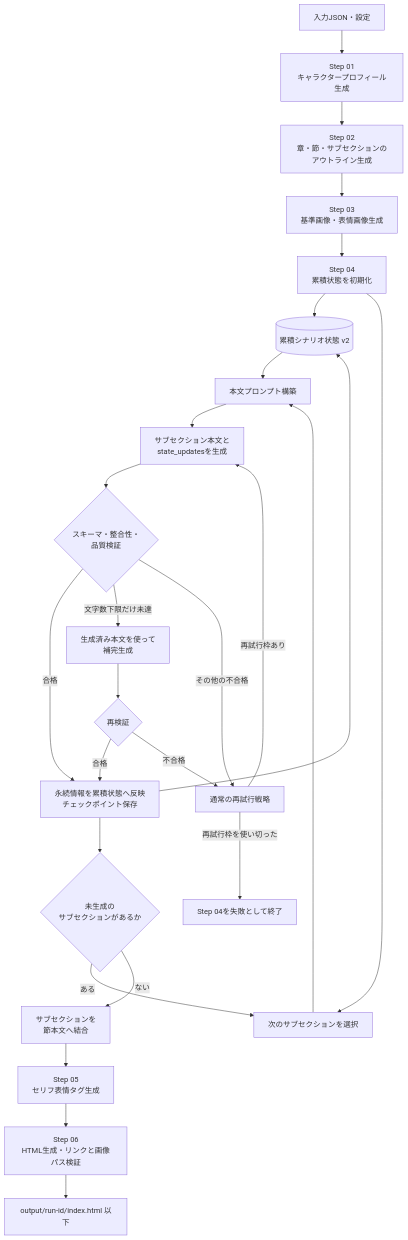
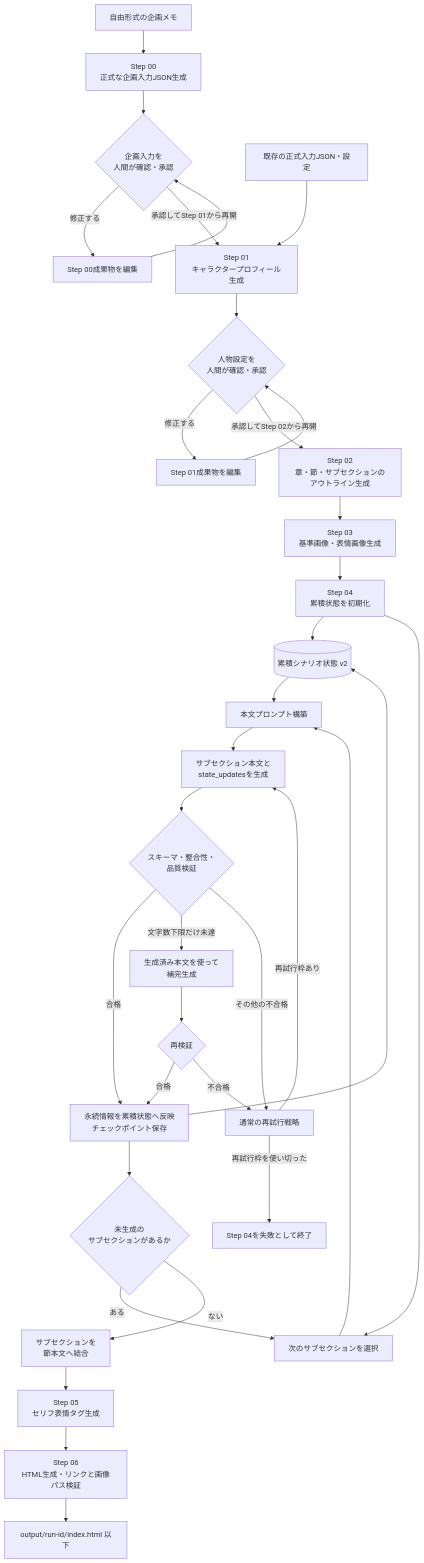
One commit to azarashin/SimpleScenarioGeneratorForUdemyLecture changed the diagram in README.md. Above: the diagram before and after it, drawn with Mermaid. The commit also changed other lines of this file and 17 other files, not shown here.

````diff
--- a/README.md
+++ b/README.md
@@ -7,31 +7,39 @@
 ```mermaid
 flowchart TD
-    INPUT[入力JSON・設定] --> S01[Step 01<br/>キャラクタープロフィール生成]
-    S01 --> S02[Step 02<br/>章・節・サブセクションのアウトライン生成]
+    IDEA[自由形式の企画メモ] --> S00[Step 00<br/>正式な企画入力JSON生成]
+    S00 --> INPUT_REVIEW{企画入力を<br/>人間が確認・承認}
+    INPUT_REVIEW -->|修正する| INPUT_ARTIFACT[Step 00成果物を編集]
+    INPUT_ARTIFACT --> INPUT_REVIEW
+    INPUT_REVIEW -->|承認してStep 01から再開| S01
+    INPUT[既存の正式入力JSON・設定] --> S01[Step 01<br/>キャラクタープロフィール生成]
+    S01 --> REVIEW{人物設定を<br/>人間が確認・承認}
+    REVIEW -->|修正する| ARTIFACT[Step 01成果物を編集]
+    ARTIFACT --> REVIEW
+    REVIEW -->|承認してStep 02から再開| S02[Step 02<br/>章・節・サブセクションのアウトライン生成]
     S02 --> S03[Step 03<br/>基準画像・表情画像生成]
     S03 --> INIT[Step 04<br/>累積状態を初期化]
     INIT --> STATE
     INIT --> TARGET[次のサブセクションを選択]
 
     STATE[(累積シナリオ状態 v2)] --> PROMPT[本文プロンプト構築]
     TARGET --> PROMPT
     PROMPT --> GENERATE[サブセクション本文と<br/>state_updatesを生成]
     GENERATE --> CHECK{スキーマ・整合性・<br/>品質検証}
 
     CHECK -->|合格| UPDATE[永続情報を累積状態へ反映<br/>チェックポイント保存]
     CHECK -->|文字数下限だけ未達| SUPPLEMENT[生成済み本文を使って<br/>補完生成]
     SUPPLEMENT --> RECHECK{再検証}
     RECHECK -->|合格| UPDATE
     RECHECK -->|不合格| RETRY[通常の再試行戦略]
     CHECK -->|その他の不合格| RETRY
     RETRY -->|再試行枠あり| GENERATE
     RETRY -->|再試行枠を使い切った| FAILED[Step 04を失敗として終了]
 
     UPDATE --> STATE
     UPDATE --> MORE{未生成の<br/>サブセクションがあるか}
     MORE -->|ある| TARGET
     MORE -->|ない| MERGE[サブセクションを<br/>節本文へ結合]
     MERGE --> S05[Step 05<br/>セリフ表情タグ生成]
     S05 --> S06[Step 06<br/>HTML生成・リンクと画像パス検証]
     S06 --> OUTPUT[output/run-id/index.html 以下]
 ```
````
